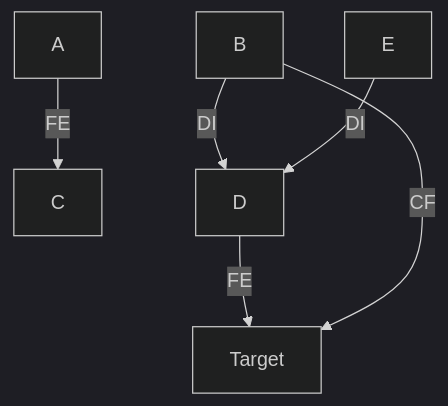
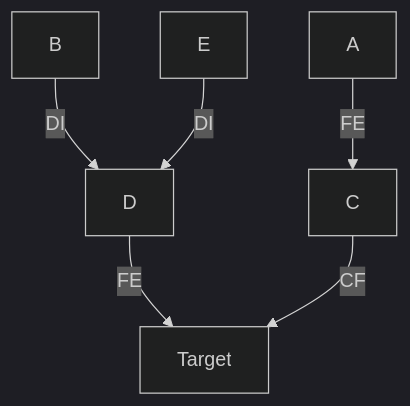
One commit to BKMzero/ultrabroken-documentation changed the first of 5 diagrams in docs/wiki/_wip/batch-di.md. Above: the diagram before and after it, drawn with Mermaid (dark theme). The commit also changed other lines of this file, not shown here.

````diff
--- a/docs/wiki/_wip/batch-di.md
+++ b/docs/wiki/_wip/batch-di.md
@@ -95,8 +95,8 @@
         ```mermaid
         graph TD
             A[A] -->|FE| B[C]
             C[B] -->|DI| D[D]
             E[E] -->|DI| D
             D -->|FE| F[Target]
-            C -->|CF| F
+            B -->|CF| F
         ```
````
